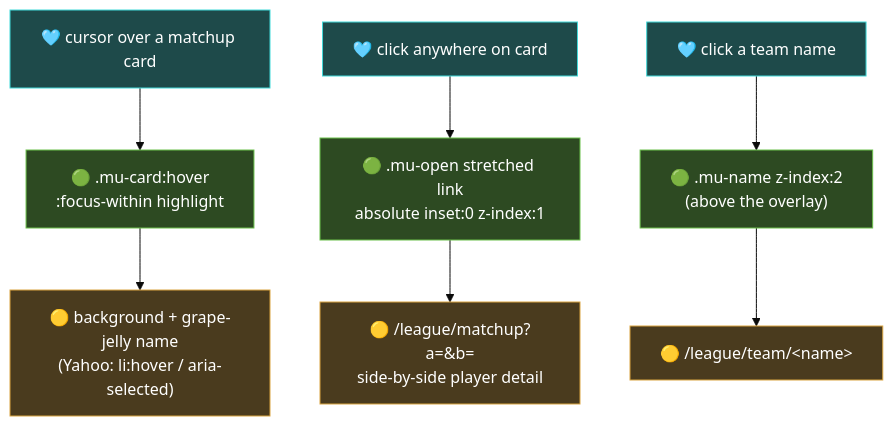
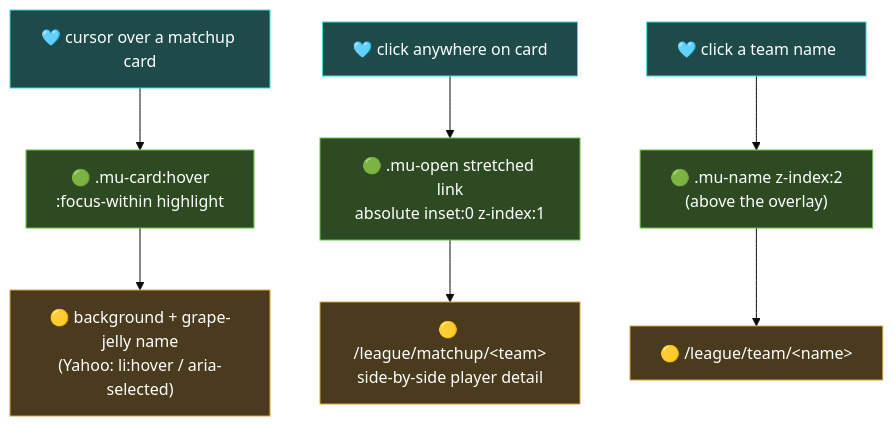
Before and after one commit to m0n3r0/nfl: the fifth of 8 diagrams in docs/RUST_WEB_ARCHITECTURE.md, drawn with Mermaid (base theme). The commit also changed other lines of this file and 9 other files, not shown here.

````diff
--- a/docs/RUST_WEB_ARCHITECTURE.md
+++ b/docs/RUST_WEB_ARCHITECTURE.md
@@ -159,15 +160,15 @@
 ```mermaid
 flowchart TD
     HOVER["🩵 cursor over a matchup card"] --> SEL["🟢 .mu-card:hover<br/>:focus-within highlight"]
     SEL --> LOOK["🟡 background + grape-jelly name<br/>(Yahoo: li:hover / aria-selected)"]
     CLICK["🩵 click anywhere on card"] --> OPEN["🟢 .mu-open stretched link<br/>absolute inset:0 z-index:1"]
-    OPEN --> DETAIL["🟡 /league/matchup?a=&b=<br/>side-by-side player detail"]
+    OPEN --> DETAIL["🟡 /league/matchup/&lt;team&gt;<br/>side-by-side player detail"]
     NAME["🩵 click a team name"] --> TEAM["🟢 .mu-name z-index:2<br/>(above the overlay)"]
     TEAM --> PAGE["🟡 /league/team/&lt;name&gt;"]
     classDef entry fill:#1e4a4a,stroke:#41d9d9,color:#fff
     classDef fn fill:#2d4a22,stroke:#6abf4b,color:#fff
     classDef out fill:#4a3b1e,stroke:#d9a441,color:#fff
     class HOVER,CLICK,NAME entry
     class SEL,OPEN,TEAM fn
     class LOOK,DETAIL,PAGE out
 ```
````
